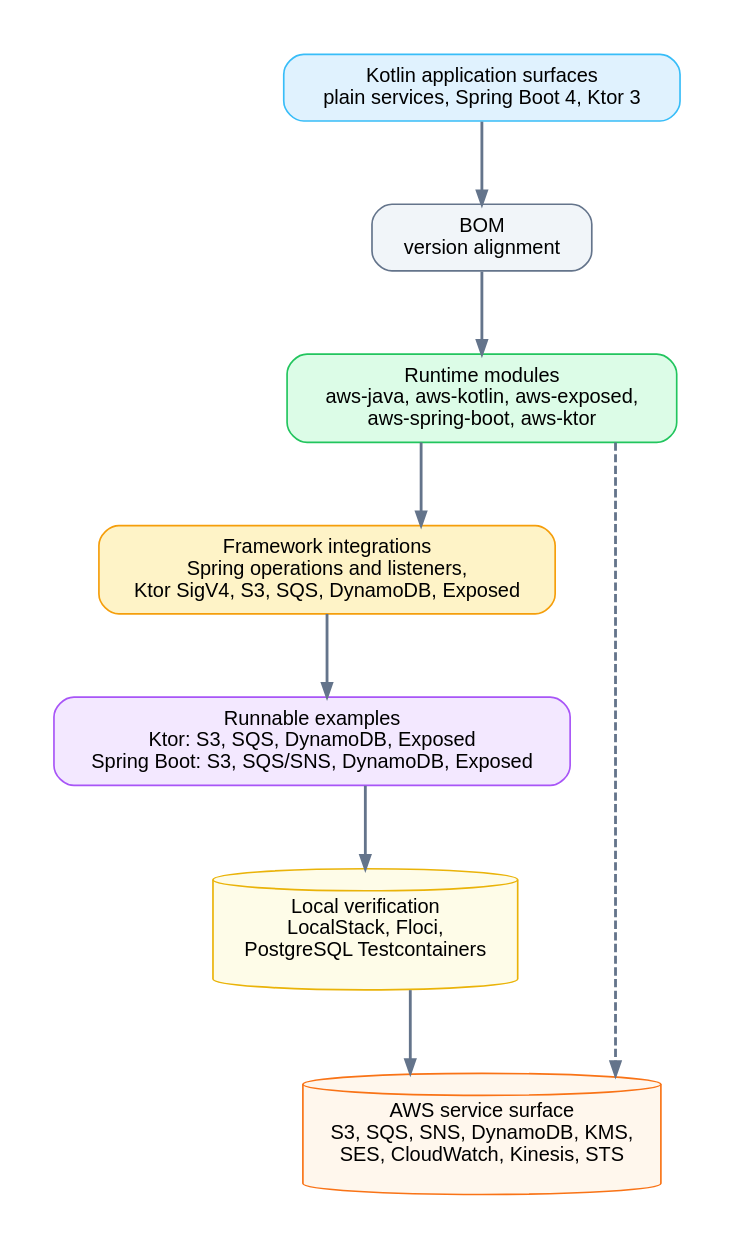
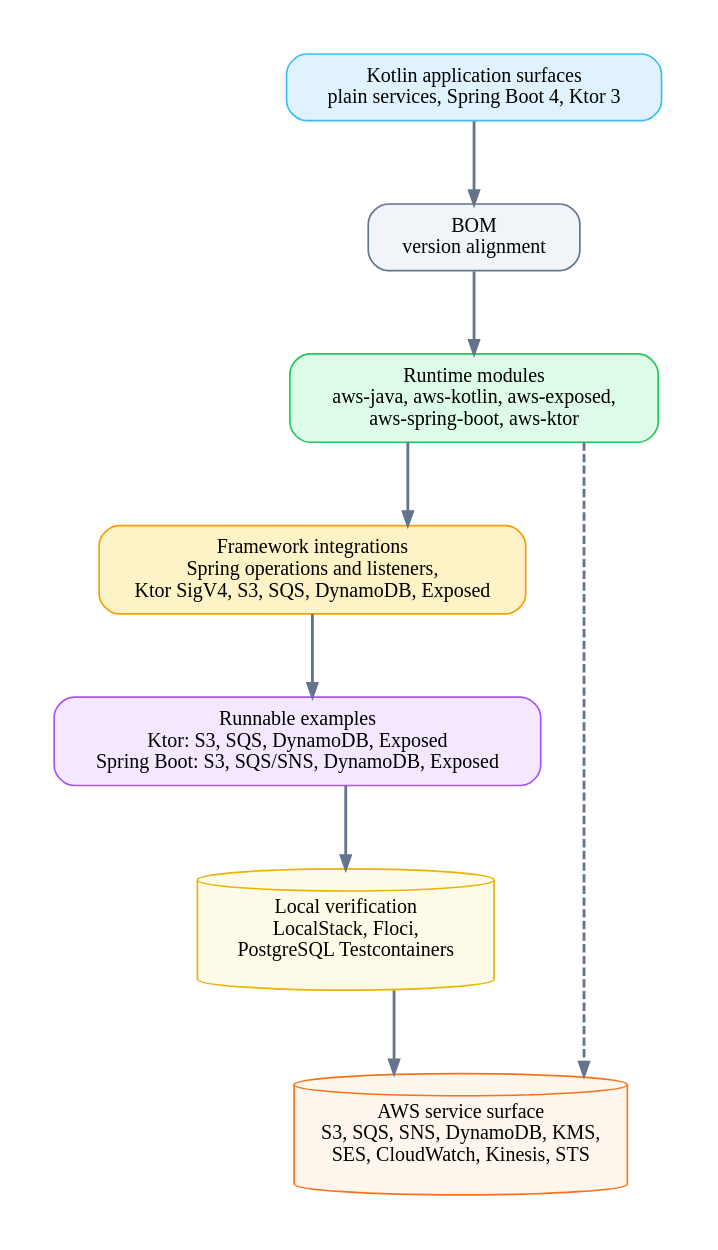
One commit to bluetape4k/bluetape4k-aws changed the diagram in docs/assets/readme-diagrams/root-readme-overview-01.dot. Above: the diagram before and after it, drawn with Graphviz. The commit also changed 388 other files, not shown here.

First line of the commit message:
docs: align AWS module diagrams and Java folder

```diff
--- a/docs/assets/readme-diagrams/root-readme-overview-01.dot
+++ b/docs/assets/readme-diagrams/root-readme-overview-01.dot
@@ -1,16 +1,16 @@
 digraph RootReadmeOverview {
   graph [rankdir=TB, bgcolor="#ffffff", pad=0.35, nodesep=0.45, ranksep=0.70, splines=ortho]
-  node [shape=box, style="rounded,filled", fontname="Helvetica", fontsize=12, margin="0.16,0.10", color="#94a3b8", fillcolor="#f8fafc"]
-  edge [fontname="Helvetica", fontsize=10, color="#64748b", penwidth=1.7, arrowsize=0.8]
+  node [shape=box, style="rounded,filled", fontname="Architects Daughter", fontsize=12, margin="0.16,0.10", color="#94a3b8", fillcolor="#f8fafc"]
+  edge [fontname="Comic Mono", fontsize=10, color="#64748b", penwidth=1.7, arrowsize=0.8]
 
   apps [label="Kotlin application surfaces\nplain services, Spring Boot 4, Ktor 3", fillcolor="#e0f2fe", color="#38bdf8"]
   bom [label="BOM\nversion alignment", fillcolor="#f1f5f9", color="#64748b"]
   modules [label="Runtime modules\naws-java, aws-kotlin, aws-exposed,\naws-spring-boot, aws-ktor", fillcolor="#dcfce7", color="#22c55e"]
   integrations [label="Framework integrations\nSpring operations and listeners,\nKtor SigV4, S3, SQS, DynamoDB, Exposed", fillcolor="#fef3c7", color="#f59e0b"]
   examples [label="Runnable examples\nKtor: S3, SQS, DynamoDB, Exposed\nSpring Boot: S3, SQS/SNS, DynamoDB, Exposed", fillcolor="#f3e8ff", color="#a855f7"]
   verification [label="Local verification\nLocalStack, Floci,\nPostgreSQL Testcontainers", shape=cylinder, fillcolor="#fefce8", color="#eab308"]
   services [label="AWS service surface\nS3, SQS, SNS, DynamoDB, KMS,\nSES, CloudWatch, Kinesis, STS", shape=cylinder, fillcolor="#fff7ed", color="#f97316"]
 
   apps -> bom -> modules -> integrations -> examples -> verification -> services
   modules -> services [style=dashed]
 }
```
